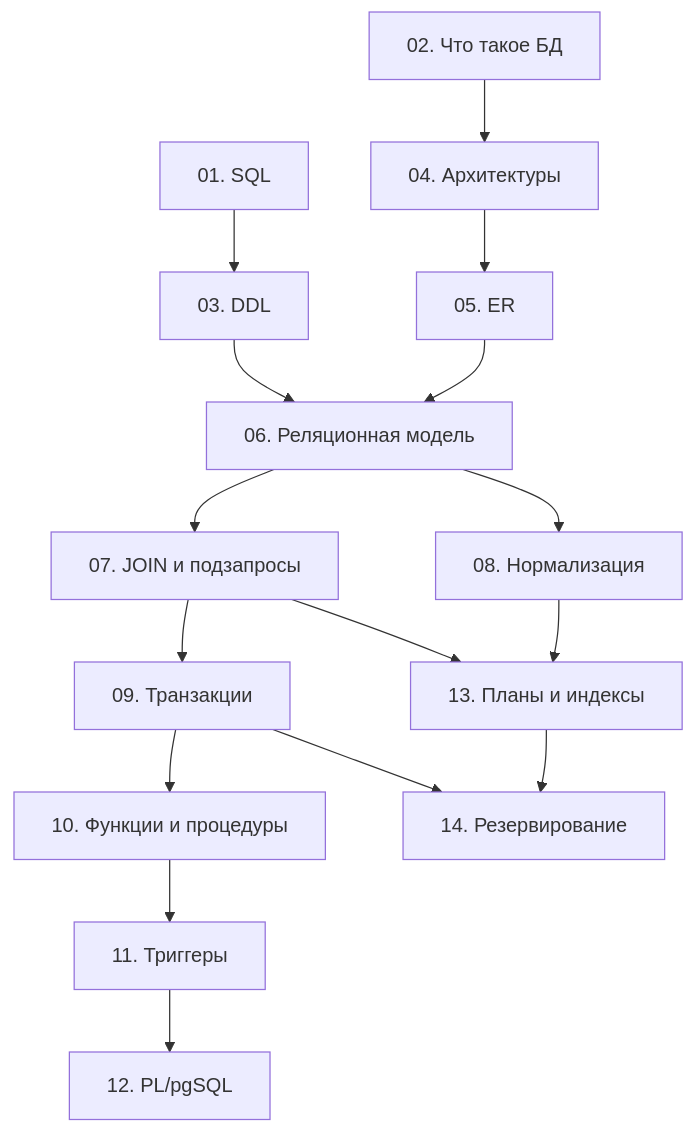
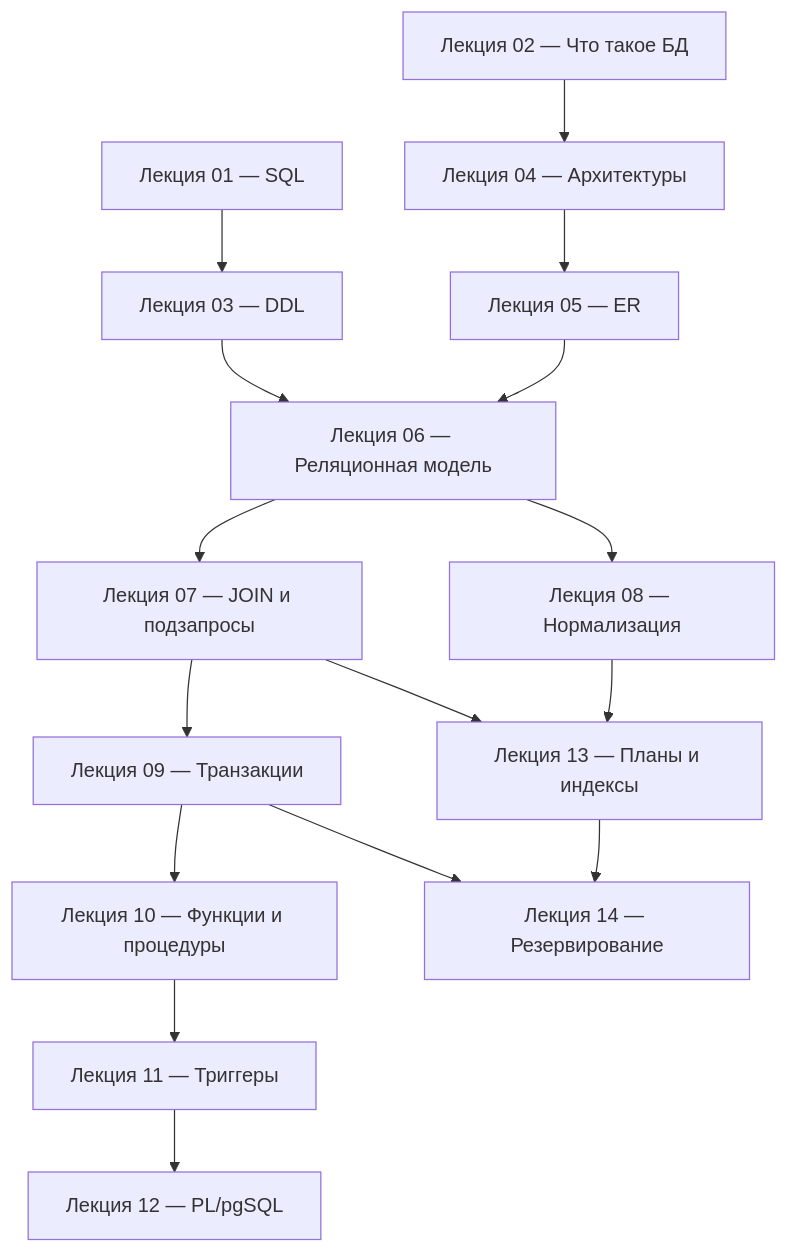
The diagram in content/01. Карта курса.md (fantiknumberone/BD_notes), drawn with Mermaid before and after one commit. The commit also changed other lines of this file and 37 other files, not shown here.

````diff
--- a/content/01. Карта курса.md
+++ b/content/01. Карта курса.md
@@ -34,18 +34,18 @@
 ```mermaid
 flowchart TD
-    L1[01. SQL] --> L3[03. DDL]
-    L2[02. Что такое БД] --> L4[04. Архитектуры]
-    L4 --> L5[05. ER]
-    L5 --> L6[06. Реляционная модель]
+    L1["Лекция 01 — SQL"] --> L3["Лекция 03 — DDL"]
+    L2["Лекция 02 — Что такое БД"] --> L4["Лекция 04 — Архитектуры"]
+    L4 --> L5["Лекция 05 — ER"]
+    L5 --> L6["Лекция 06 — Реляционная модель"]
     L3 --> L6
-    L6 --> L7[07. JOIN и подзапросы]
-    L6 --> L8[08. Нормализация]
-    L7 --> L9[09. Транзакции]
-    L9 --> L10[10. Функции и процедуры]
-    L10 --> L11[11. Триггеры]
-    L11 --> L12[12. PL/pgSQL]
-    L8 --> L13[13. Планы и индексы]
+    L6 --> L7["Лекция 07 — JOIN и подзапросы"]
+    L6 --> L8["Лекция 08 — Нормализация"]
+    L7 --> L9["Лекция 09 — Транзакции"]
+    L9 --> L10["Лекция 10 — Функции и процедуры"]
+    L10 --> L11["Лекция 11 — Триггеры"]
+    L11 --> L12["Лекция 12 — PL/pgSQL"]
+    L8 --> L13["Лекция 13 — Планы и индексы"]
     L7 --> L13
-    L9 --> L14[14. Резервирование]
+    L9 --> L14["Лекция 14 — Резервирование"]
     L13 --> L14
 ```
````
